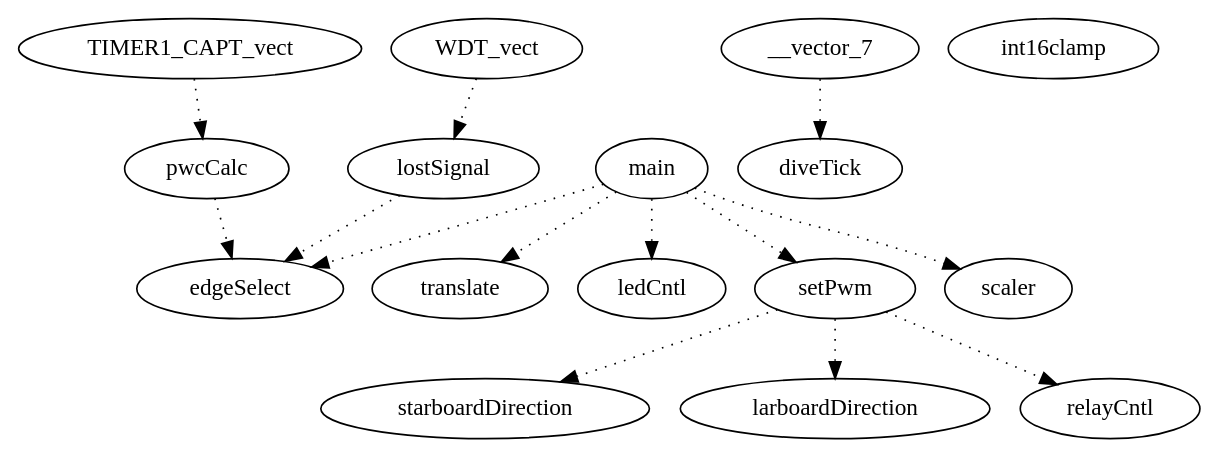
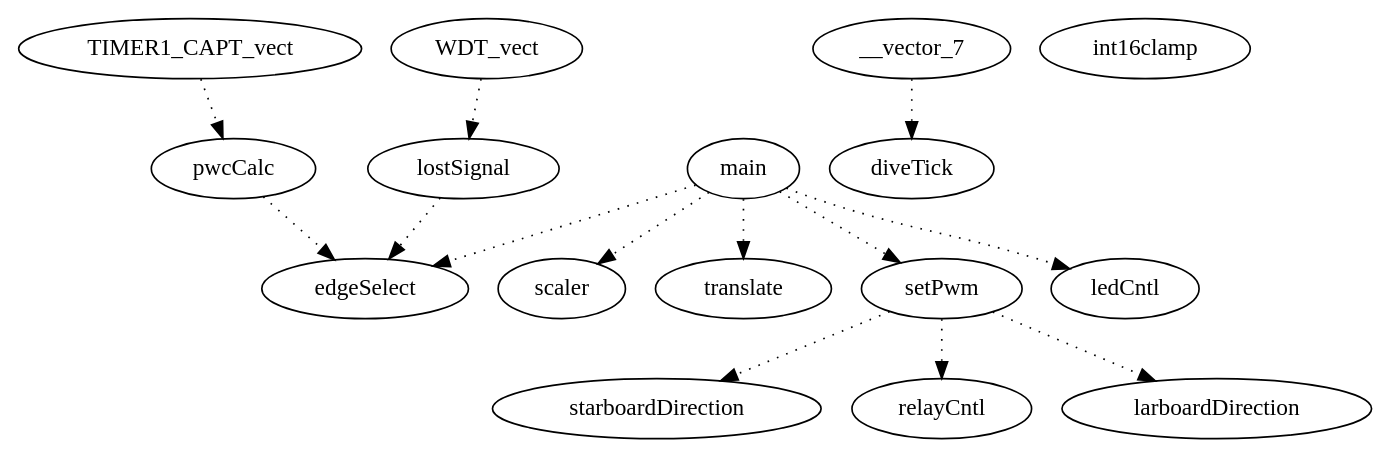
The diagram in Firmware/Propulsion/piruett.dot (bjornburton/ChampBot2016), drawn with Graphviz before and after one commit. The commit also changed other lines of this file and 7 other files, not shown here.

```diff
--- a/Firmware/Propulsion/piruett.dot
+++ b/Firmware/Propulsion/piruett.dot
@@ -1,16 +1,16 @@
 digraph callgraph {
+"lostSignal" -> "edgeSelect" [style=dotted];
 "TIMER1_CAPT_vect" -> "pwcCalc" [style=dotted];
+"main" -> "scaler" [style=dotted];
+"main" -> "edgeSelect" [style=dotted];
 "main" -> "translate" [style=dotted];
-"main" -> "edgeSelect" [style=dotted];
+"main" -> "setPwm" [style=dotted];
 "main" -> "ledCntl" [style=dotted];
-"main" -> "setPwm" [style=dotted];
-"main" -> "scaler" [style=dotted];
 "__vector_7" -> "diveTick" [style=dotted];
+"setPwm" -> "starboardDirection" [style=dotted];
+"setPwm" -> "relayCntl" [style=dotted];
+"setPwm" -> "larboardDirection" [style=dotted];
+"WDT_vect" -> "lostSignal" [style=dotted];
 "pwcCalc" -> "edgeSelect" [style=dotted];
-"setPwm" -> "starboardDirection" [style=dotted];
-"setPwm" -> "larboardDirection" [style=dotted];
-"setPwm" -> "relayCntl" [style=dotted];
-"WDT_vect" -> "lostSignal" [style=dotted];
-"lostSignal" -> "edgeSelect" [style=dotted];
 "int16clamp";
 }
```
